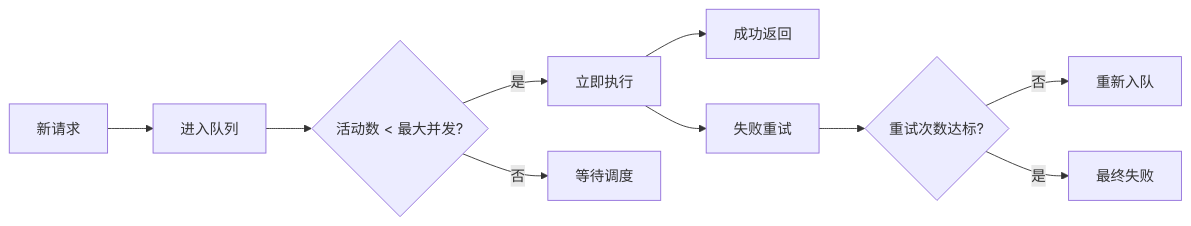
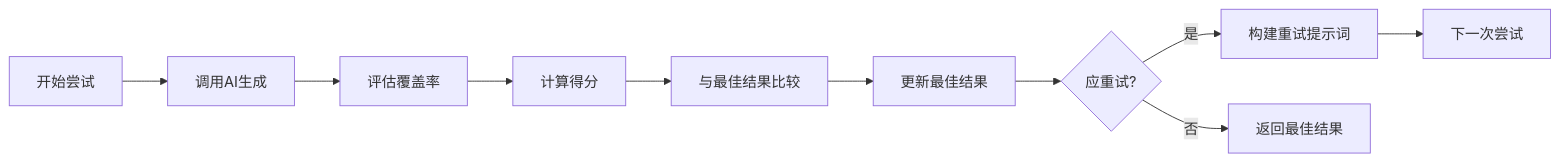
One commit to arthurlee116/english-listening-trainer changed the eighth of 8 diagrams in .qoder/repowiki/zh/content/后端API接口/AI内容生成API/问题生成API.md. Above: the diagram before and after it, drawn with Mermaid. The commit also changed other lines of this file and 58 other files, not shown here.

````diff
--- a/.qoder/repowiki/zh/content/后端API接口/AI内容生成API/问题生成API.md
+++ b/.qoder/repowiki/zh/content/后端API接口/AI内容生成API/问题生成API.md
@@ -184,12 +228,12 @@
 ```mermaid
 flowchart LR
-Request[新请求] --> Queue[进入队列]
-Queue --> Active{活动数 < 最大并发?}
-Active --> |是| Execute[立即执行]
-Active --> |否| Wait[等待调度]
-Execute --> Success[成功返回]
-Execute --> Fail[失败重试]
-Fail --> RetryCount{重试次数达标?}
-RetryCount --> |否| BackToQueue[重新入队]
-RetryCount --> |是| FinalFail[最终失败]
+Attempt[开始尝试] --> Generate["调用AI生成"]
+Generate --> Evaluate["评估覆盖率"]
+Evaluate --> Score["计算得分"]
+Score --> Compare["与最佳结果比较"]
+Compare --> UpdateBest["更新最佳结果"]
+UpdateBest --> ShouldRetry{"应重试?"}
+ShouldRetry --> |是| BuildRetryPrompt["构建重试提示词"]
+BuildRetryPrompt --> NextAttempt[下一次尝试]
+ShouldRetry --> |否| ReturnBest["返回最佳结果"]
 ```
````
